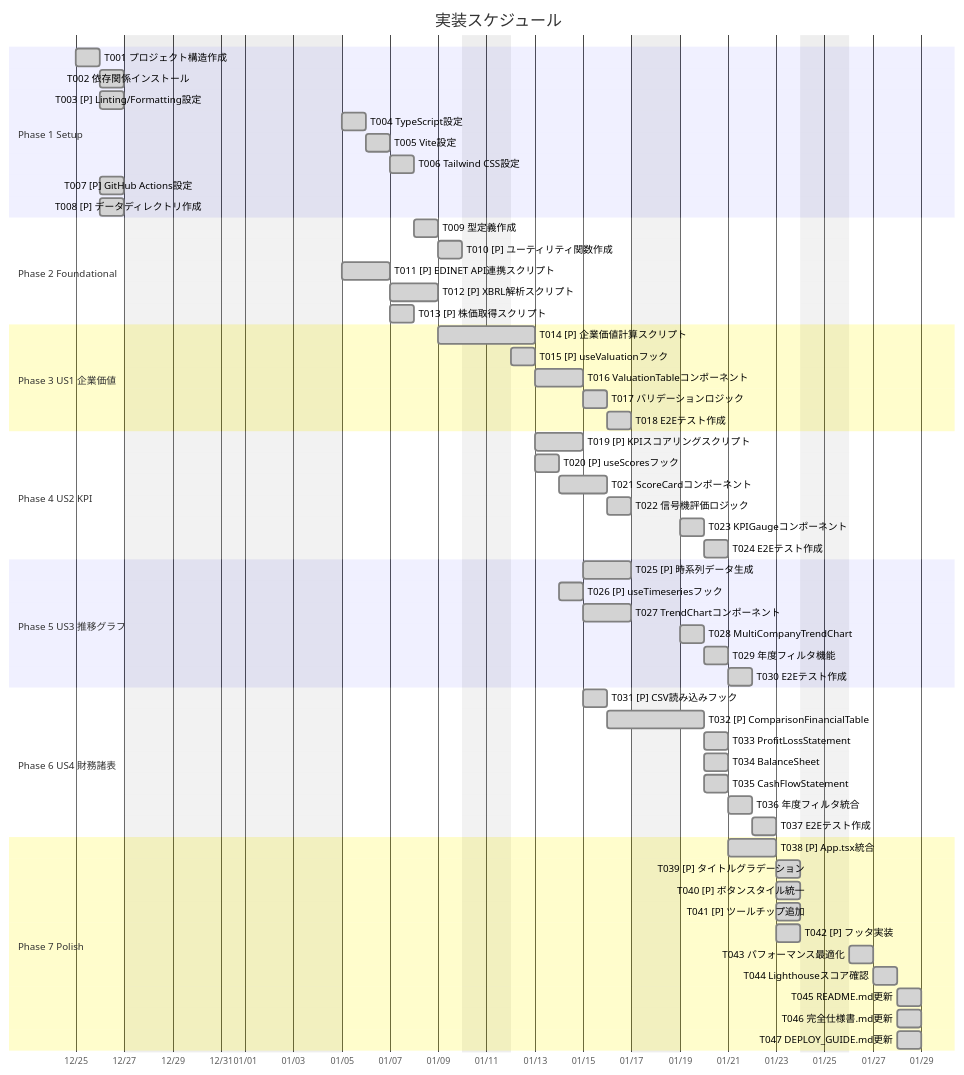
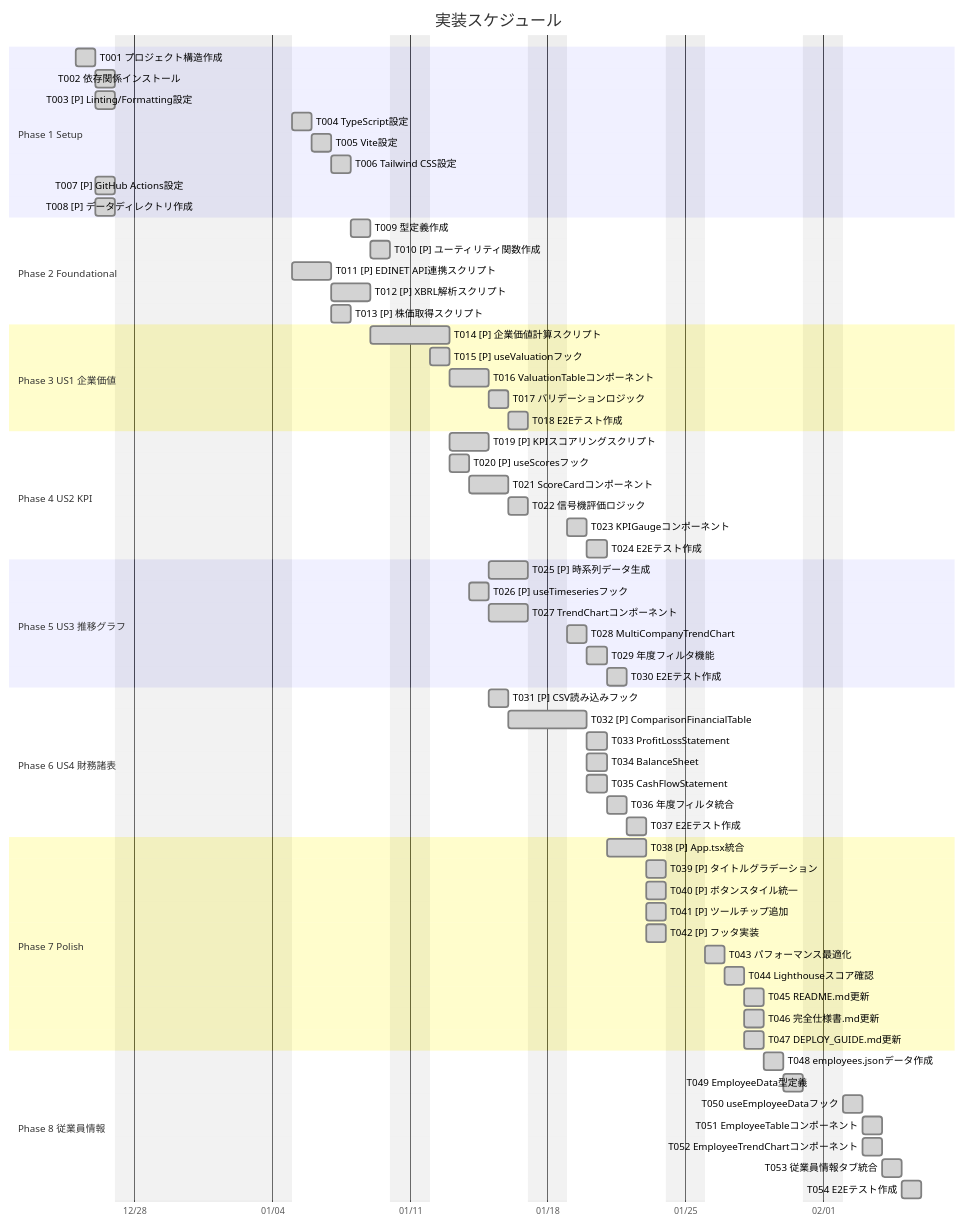
One commit to J1921604/ValueScope changed the diagram in specs/001-ValueScope/tasks.md. Above: the diagram before and after it, drawn with Mermaid. The commit also changed 2 other files, not shown here.

Commit message:
feat: 従業員データ2025年追加、CI検証強化、タスク完了
- 従業員情報を2016-2025年全期間に拡張（TEPCO/CHUBU/JERA）
- GitHub Actions: dist/XBRL_output検証追加
- tasks.md: Phase 8従業員情報タスク追加、ガントチャート完成
- 全54タスク完了マーク

````diff
--- a/specs/001-ValueScope/tasks.md
+++ b/specs/001-ValueScope/tasks.md
@@ -18,68 +18,77 @@
 ```mermaid
 gantt
     title 実装スケジュール
     dateFormat YYYY-MM-DD
     axisFormat %m/%d
     excludes weekends 2025-12-27,2025-12-28,2025-12-29,2025-12-30,2025-12-31,2026-01-01,2026-01-02,2026-01-03,2026-01-04
     
     section Phase 1 Setup
     T001 プロジェクト構造作成           :done, p1_t001, 2025-12-25, 1d
     T002 依存関係インストール           :done, p1_t002, after p1_t001, 1d
     T003 [P] Linting/Formatting設定    :done, p1_t003, after p1_t001, 1d
     T004 TypeScript設定                :done, p1_t004, after p1_t002, 1d
     T005 Vite設定                      :done, p1_t005, after p1_t004, 1d
     T006 Tailwind CSS設定              :done, p1_t006, after p1_t005, 1d
     T007 [P] GitHub Actions設定        :done, p1_t007, after p1_t001, 1d
     T008 [P] データディレクトリ作成    :done, p1_t008, after p1_t001, 1d
     
     section Phase 2 Foundational
     T009 型定義作成                    :done, p2_t009, after p1_t006, 1d
     T010 [P] ユーティリティ関数作成    :done, p2_t010, after p2_t009, 1d
     T011 [P] EDINET API連携スクリプト  :done, p2_t011, after p1_t008, 2d
     T012 [P] XBRL解析スクリプト        :done, p2_t012, after p2_t011, 2d
     T013 [P] 株価取得スクリプト        :done, p2_t013, after p2_t011, 1d
     
     section Phase 3 US1 企業価値
     T014 [P] 企業価値計算スクリプト    :done, p3_t014, after p2_t012, 2d
     T015 [P] useValuationフック        :done, p3_t015, after p2_t010, 1d
     T016 ValuationTableコンポーネント  :done, p3_t016, after p3_t015, 2d
     T017 バリデーションロジック        :done, p3_t017, after p3_t016, 1d
     T018 E2Eテスト作成                 :done, p3_t018, after p3_t017, 1d
     
     section Phase 4 US2 KPI
     T019 [P] KPIスコアリングスクリプト :done, p4_t019, after p3_t014, 2d
     T020 [P] useScoresフック           :done, p4_t020, after p3_t015, 1d
     T021 ScoreCardコンポーネント       :done, p4_t021, after p4_t020, 2d
     T022 信号機評価ロジック            :done, p4_t022, after p4_t021, 1d
     T023 KPIGaugeコンポーネント        :done, p4_t023, after p4_t022, 1d
     T024 E2Eテスト作成                 :done, p4_t024, after p4_t023, 1d
     
     section Phase 5 US3 推移グラフ
     T025 [P] 時系列データ生成          :done, p5_t025, after p4_t019, 2d
     T026 [P] useTimeseriesフック       :done, p5_t026, after p4_t020, 1d
     T027 TrendChartコンポーネント      :done, p5_t027, after p5_t026, 2d
     T028 MultiCompanyTrendChart        :done, p5_t028, after p5_t027, 1d
     T029 年度フィルタ機能              :done, p5_t029, after p5_t028, 1d
     T030 E2Eテスト作成                 :done, p5_t030, after p5_t029, 1d
     
     section Phase 6 US4 財務諸表
     T031 [P] CSV読み込みフック         :done, p6_t031, after p5_t026, 1d
     T032 [P] ComparisonFinancialTable  :done, p6_t032, after p6_t031, 2d
     T033 ProfitLossStatement           :done, p6_t033, after p6_t032, 1d
     T034 BalanceSheet                  :done, p6_t034, after p6_t032, 1d
     T035 CashFlowStatement             :done, p6_t035, after p6_t032, 1d
     T036 年度フィルタ統合              :done, p6_t036, after p6_t035, 1d
     T037 E2Eテスト作成                 :done, p6_t037, after p6_t036, 1d
     
     section Phase 7 Polish
     T038 [P] App.tsx統合               :done, p7_t038, after p5_t029, 2d
     T039 [P] タイトルグラデーション    :done, p7_t039, after p7_t038, 1d
     T040 [P] ボタンスタイル統一        :done, p7_t040, after p7_t038, 1d
     T041 [P] ツールチップ追加          :done, p7_t041, after p7_t038, 1d
     T042 [P] フッタ実装                :done, p7_t042, after p7_t038, 1d
     T043 パフォーマンス最適化          :done, p7_t043, after p7_t042, 1d
     T044 Lighthouseスコア確認          :done, p7_t044, after p7_t043, 1d
     T045 README.md更新                 :done, p7_t045, after p7_t044, 1d
     T046 完全仕様書.md更新             :done, p7_t046, after p7_t044, 1d
     T047 DEPLOY_GUIDE.md更新           :done, p7_t047, after p7_t044, 1d
+    
+    section Phase 8 従業員情報
+    T048 employees.jsonデータ作成      :done, p8_t048, after p7_t047, 1d
+    T049 EmployeeData型定義            :done, p8_t049, after p8_t048, 1d
+    T050 useEmployeeDataフック         :done, p8_t050, after p8_t049, 1d
+    T051 EmployeeTableコンポーネント   :done, p8_t051, after p8_t050, 1d
+    T052 EmployeeTrendChartコンポーネント :done, p8_t052, after p8_t050, 1d
+    T053 従業員情報タブ統合            :done, p8_t053, after p8_t052, 1d
+    T054 E2Eテスト作成                 :done, p8_t054, after p8_t053, 1d
 ```
````
